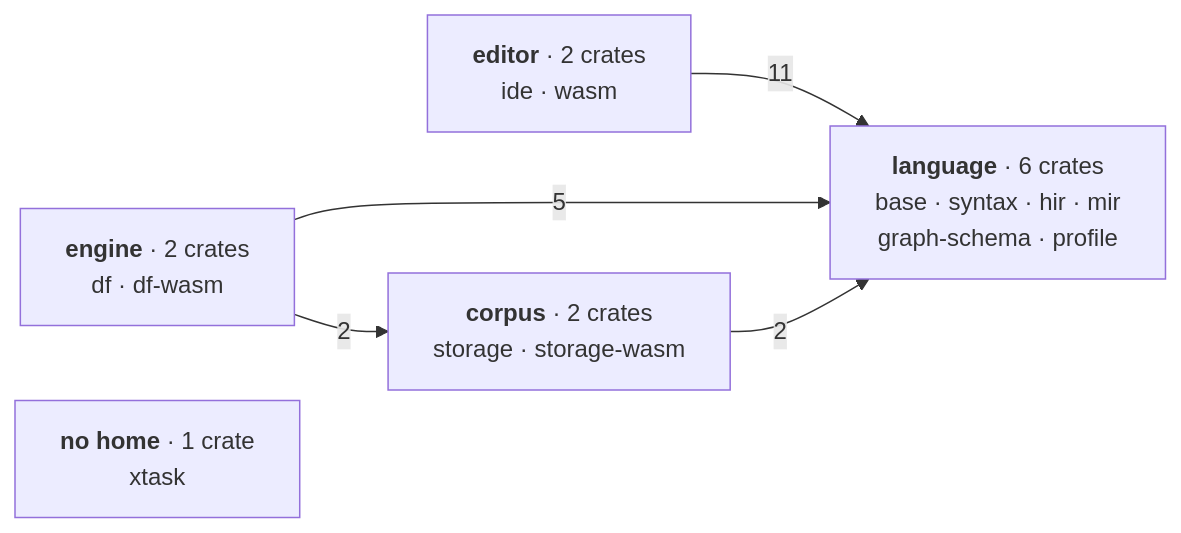
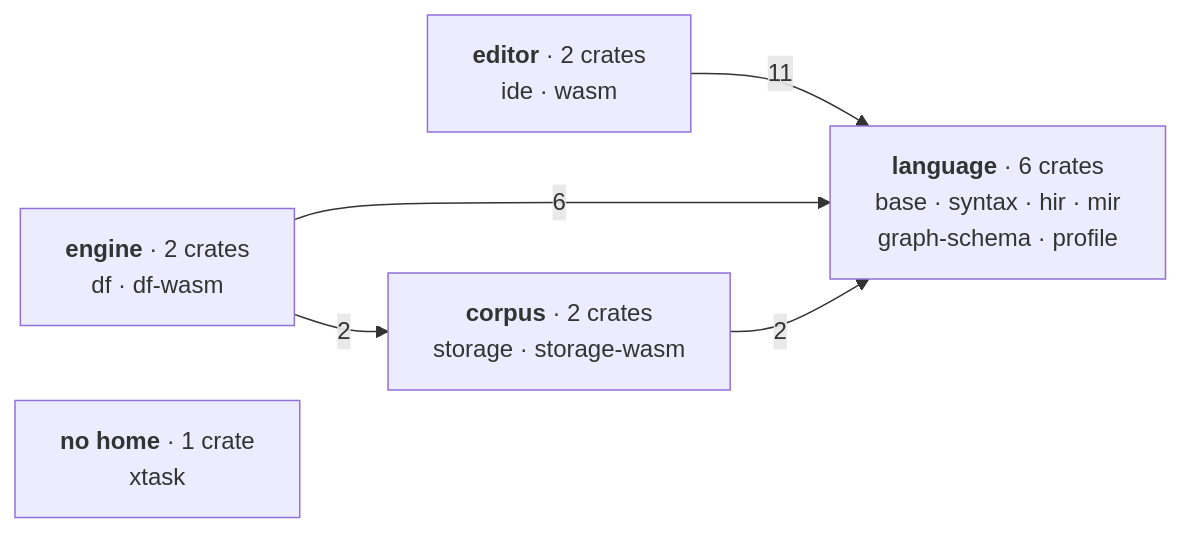
The diagram in docs/content/docs/(root)/architecture.mdx (Kanzo-Tech/fossil-lang), drawn with Mermaid before and after one commit. The commit also changed other lines of this file and 23 other files, not shown here.

````diff
--- a/docs/content/docs/(root)/architecture.mdx
+++ b/docs/content/docs/(root)/architecture.mdx
@@ -92,13 +92,13 @@
 ```mermaid
 graph LR
   L["<b>language</b> · 6 crates<br/>base · syntax · hir · mir<br/>graph-schema · profile"]
   E["<b>editor</b> · 2 crates<br/>ide · wasm"]
   M["<b>engine</b> · 2 crates<br/>df · df-wasm"]
   C["<b>corpus</b> · 2 crates<br/>storage · storage-wasm"]
   X["<b>no home</b> · 1 crate<br/>xtask"]
 
   E -->|11| L
-  M -->|5| L
+  M -->|6| L
   M -->|2| C
   C -->|2| L
 ```
````
